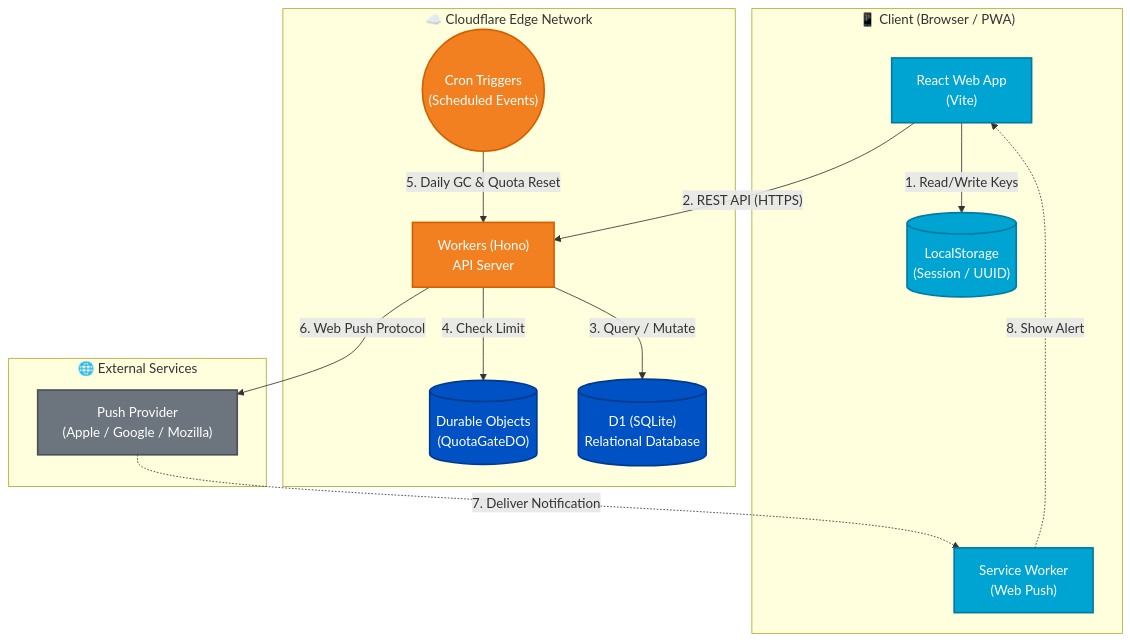
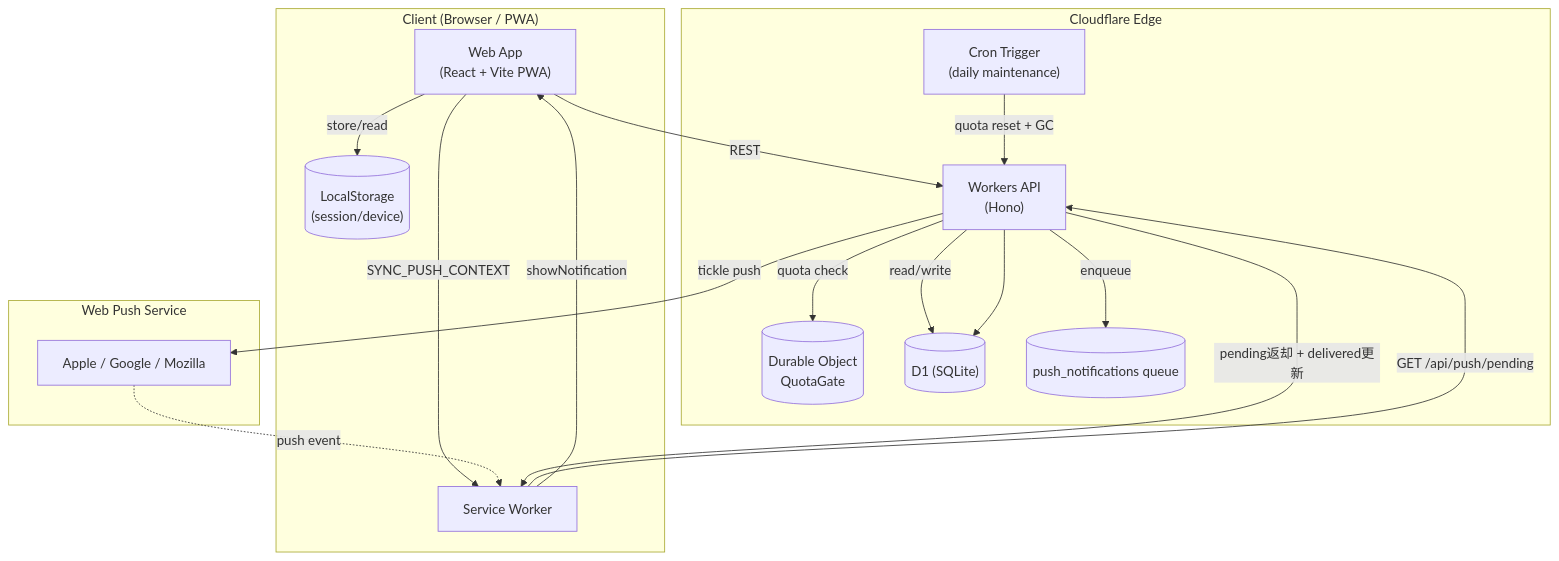
Before and after one commit to brightcat1/renrakun: the diagram in README.ja.md, drawn with Mermaid. The commit also changed other lines of this file and 11 other files, not shown here.

Commit message:
feat: implement tickle push and background fetch via Service Worker

````diff
--- a/README.ja.md
+++ b/README.ja.md
@@ -18,43 +23,37 @@
 ```mermaid
 graph TD
-    subgraph Client ["📱 Client (Browser / PWA)"]
-        UI["React Web App<br/>(Vite)"]
-        LS[("LocalStorage<br/>(Session / UUID)")]
-        SW["Service Worker<br/>(Web Push)"]
-    end
+  subgraph Client["Client (Browser / PWA)"]
+    UI["Web App\n(React + Vite PWA)"]
+    SW["Service Worker"]
+    LS[("LocalStorage\n(session/device)")]
+  end
 
-    subgraph Cloudflare ["☁️ Cloudflare Edge Network"]
-        API["Workers (Hono)<br/>API Server"]
-        DO[("Durable Objects<br/>(QuotaGateDO)")]
-        DB[("D1 (SQLite)<br/>Relational Database")]
-        CRON(("Cron Triggers<br/>(Scheduled Events)"))
-    end
+  subgraph Edge["Cloudflare Edge"]
+    API["Workers API\n(Hono)"]
+    DO[("Durable Object\nQuotaGate")]
+    DB[("D1 (SQLite)")]
+    Q[("push_notifications queue")]
+    CRON["Cron Trigger\n(daily maintenance)"]
+  end
 
-    subgraph External ["🌐 External Services"]
-        PushService["Push Provider<br/>(Apple / Google / Mozilla)"]
-    end
+  subgraph Push["Web Push Service"]
+    PS["Apple / Google / Mozilla"]
+  end
 
-    %% Client Interactions
-    UI -- "1. Read/Write Keys" --> LS
-    UI -- "2. REST API (HTTPS)" --> API
-    
-    %% Backend Interactions
-    API -- "3. Query / Mutate" --> DB
-    API -- "4. Check Limit" --> DO
-    CRON -- "5. Daily GC & Quota Reset" --> API
-    
-    %% Push Notification Flow
-    API -- "6. Web Push Protocol" --> PushService
-    PushService -. "7. Deliver Notification" .-> SW
-    SW -. "8. Show Alert" .-> UI
+  UI -->|REST| API
+  UI -->|store/read| LS
+  UI -->|SYNC_PUSH_CONTEXT| SW
 
-    classDef cf fill:#f38020,stroke:#d36000,stroke-width:2px,color:white;
-    classDef client fill:#00a4d3,stroke:#007b9f,stroke-width:2px,color:white;
-    classDef ext fill:#6c757d,stroke:#495057,stroke-width:2px,color:white;
-    classDef db fill:#0051c3,stroke:#003a8c,stroke-width:2px,color:white;
+  API -->|read/write| DB
+  API -->|quota check| DO
+  API -->|enqueue| Q
+  API -->|tickle push| PS
 
-    class API,CRON cf;
-    class DB,DO db;
-    class UI,LS,SW client;
-    class PushService ext;
+  PS -.->|push event| SW
+  SW -->|GET /api/push/pending| API
+  API -->|pending返却 + delivered更新| SW
+  SW -->|showNotification| UI
+
+  CRON -->|quota reset + GC| API
+  API --> DB
 ```
````
